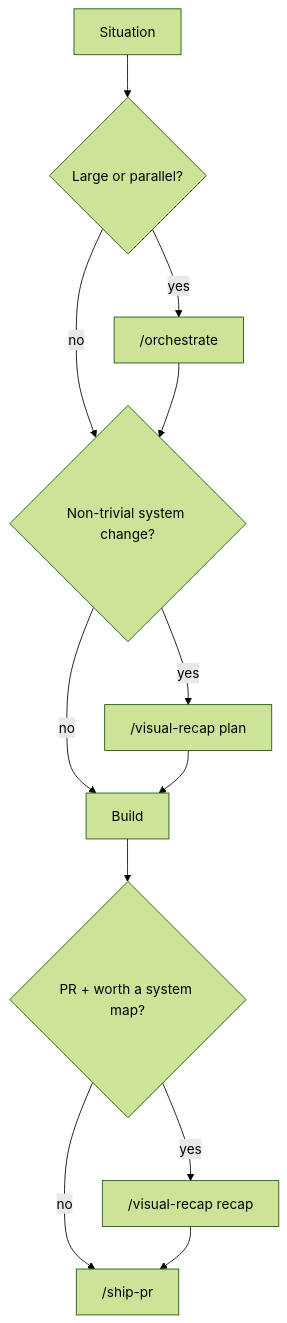
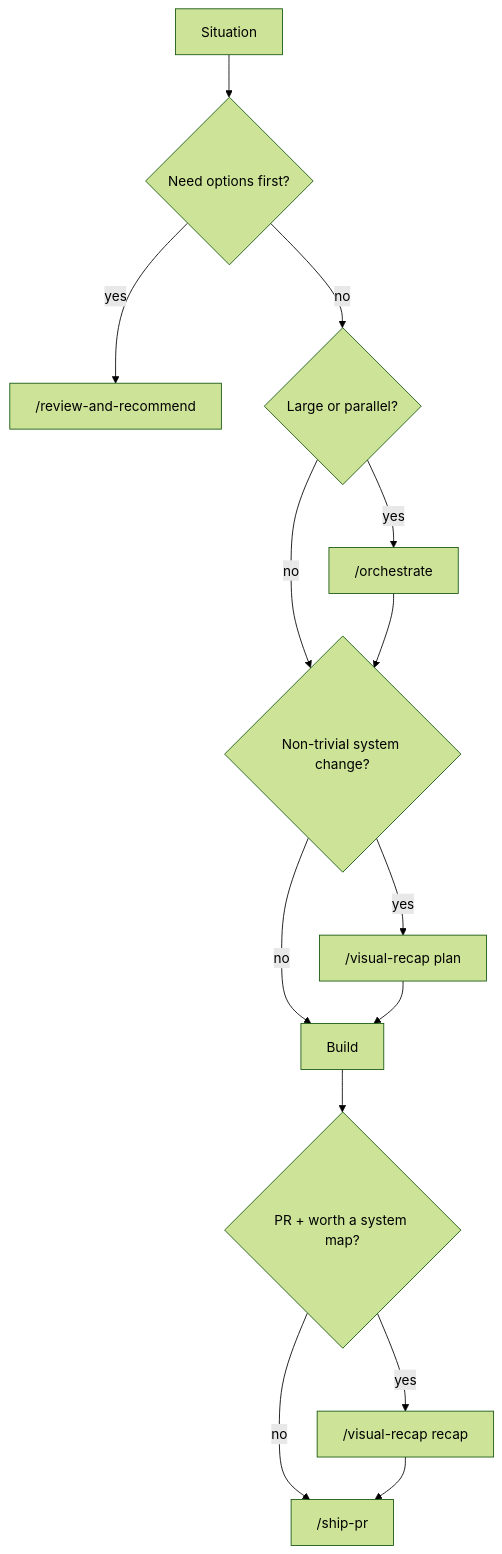
The diagram in skills/ask-kent/SKILL.md (kentcdodds/kcd-skills), drawn with Mermaid (forest theme) before and after one commit. The commit also changed other lines of this file and 2 other files, not shown here.

Commit message:
Add review-and-recommend skill for evidence-backed decisions (#6)

````diff
--- a/skills/ask-kent/SKILL.md
+++ b/skills/ask-kent/SKILL.md
@@ -37,14 +37,16 @@
 ```mermaid
 flowchart TD
-	sit[Situation] --> big{Large or parallel?}
+	sit[Situation] --> decide{Need options first?}
+	decide -->|yes| rnr["/review-and-recommend"]
+	decide -->|no| big{Large or parallel?}
 	big -->|yes| orch["/orchestrate"]
 	big -->|no| plan{Non-trivial system change?}
 	orch --> plan
 	plan -->|yes| vplan["/visual-recap plan"]
 	plan -->|no| build[Build]
 	vplan --> build
 	build --> recap{PR + worth a system map?}
 	recap -->|yes| vrecap["/visual-recap recap"]
 	recap -->|no| ship["/ship-pr"]
 	vrecap --> ship
 ```
````
